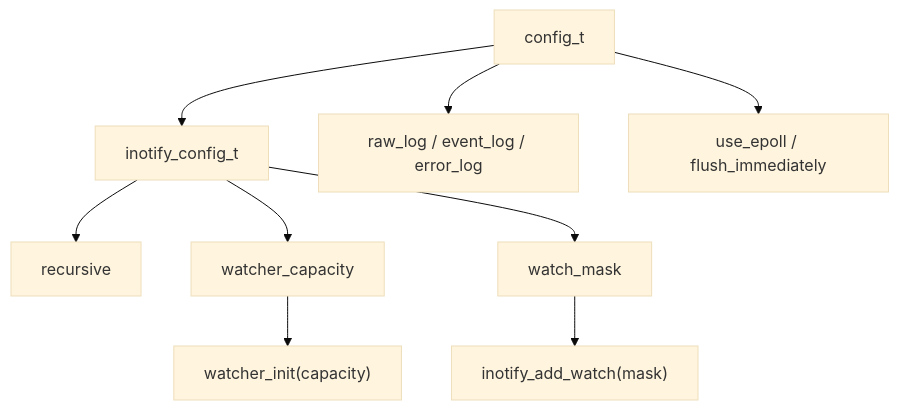
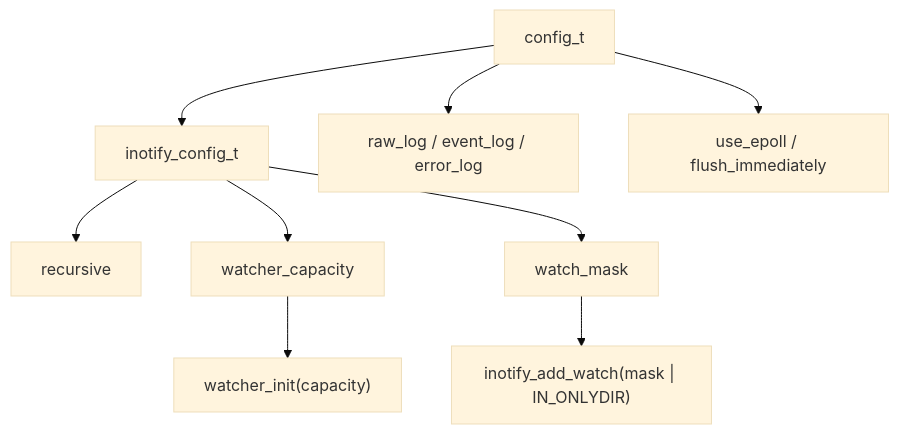
One commit to kinderp/alfred changed the eighth of 17 diagrams in docs/it/16-mappa-codice-e-strutture.md. Above: the diagram before and after it, drawn with Mermaid (base theme). The commit also changed other lines of this file and 8 other files, not shown here.

````diff
--- a/docs/it/16-mappa-codice-e-strutture.md
+++ b/docs/it/16-mappa-codice-e-strutture.md
@@ -505,13 +507,13 @@
 ```mermaid
 flowchart TD
     A["config_t"] --> B["inotify_config_t"]
     A --> E["raw_log / event_log / error_log"]
     A --> H["use_epoll / flush_immediately"]
 
     B --> C["recursive"]
     B --> D["watcher_capacity"]
     B --> M["watch_mask"]
 
     D --> F["watcher_init(capacity)"]
-    M --> G["inotify_add_watch(mask)"]
+    M --> G["inotify_add_watch(mask | IN_ONLYDIR)"]
 ```
````
